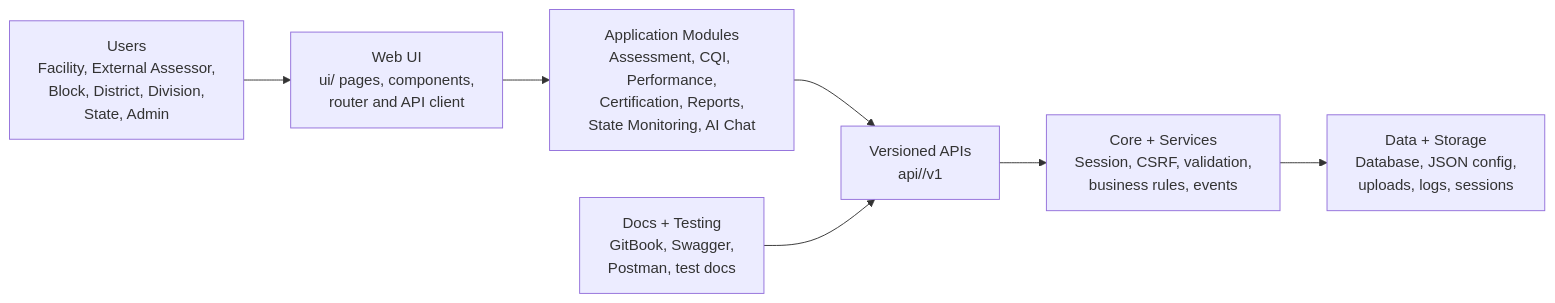
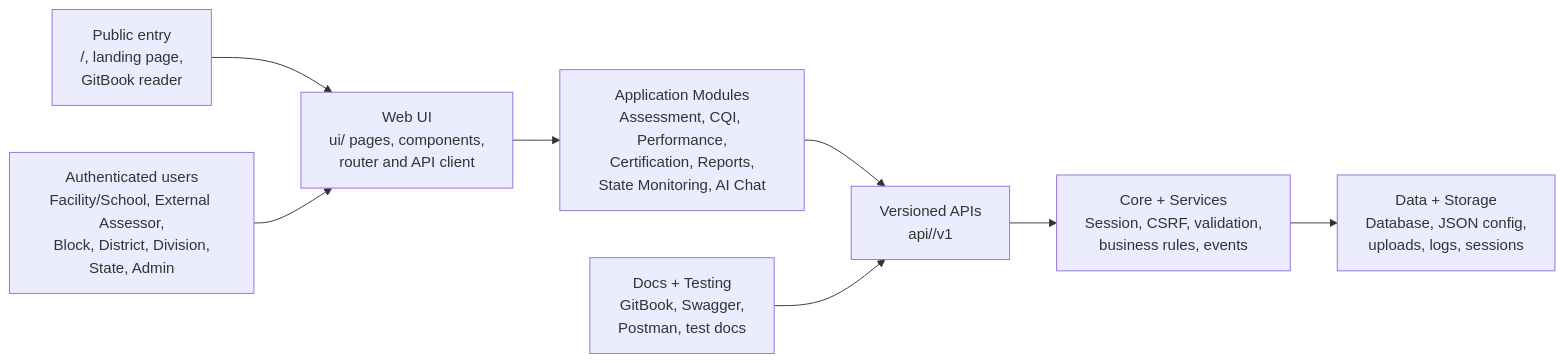
Before and after one commit to PSMRI/saQshi_open_source: the first of 10 diagrams in docs/architecture/technical_architecture.md, drawn with Mermaid. The commit also changed other lines of this file and 45 other files, not shown here.

````diff
--- a/docs/architecture/technical_architecture.md
+++ b/docs/architecture/technical_architecture.md
@@ -36,17 +36,19 @@
 ```mermaid
 flowchart LR
-    Users["Users<br/>Facility, External Assessor,<br/>Block, District, Division,<br/>State, Admin"]
+    Public["Public entry<br/>/, landing page,<br/>GitBook reader"]
+    Users["Authenticated users<br/>Facility/School, External Assessor,<br/>Block, District, Division,<br/>State, Admin"]
     UI["Web UI<br/>ui/ pages, components,<br/>router and API client"]
     Modules["Application Modules<br/>Assessment, CQI, Performance,<br/>Certification, Reports,<br/>State Monitoring, AI Chat"]
     API["Versioned APIs<br/>api/<module>/v1"]
     Core["Core + Services<br/>Session, CSRF, validation,<br/>business rules, events"]
     Data["Data + Storage<br/>Database, JSON config,<br/>uploads, logs, sessions"]
     Docs["Docs + Testing<br/>GitBook, Swagger,<br/>Postman, test docs"]
 
+    Public --> UI
     Users --> UI
     UI --> Modules
     Modules --> API
     API --> Core
     Core --> Data
     Docs --> API
 ```
````
